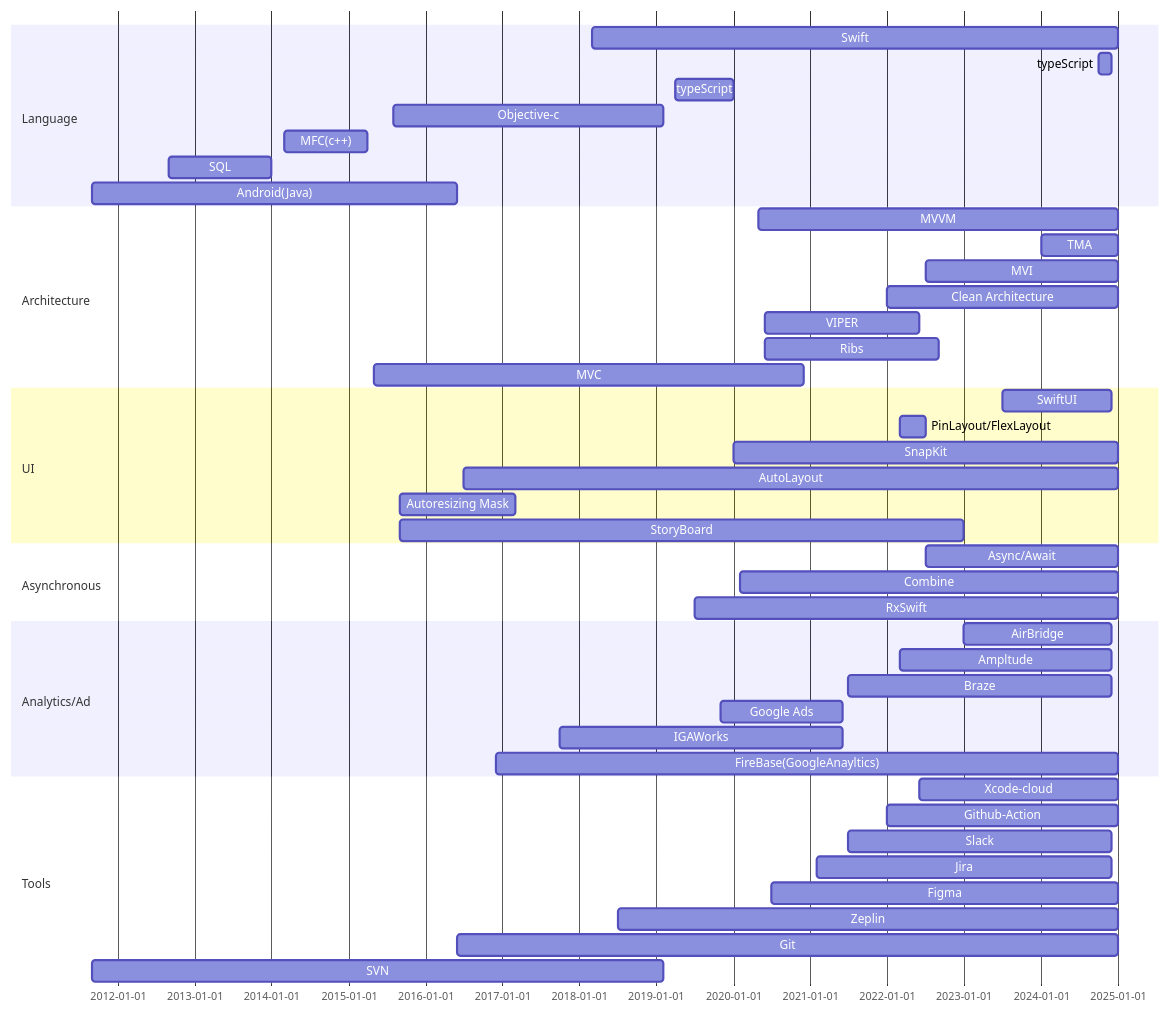
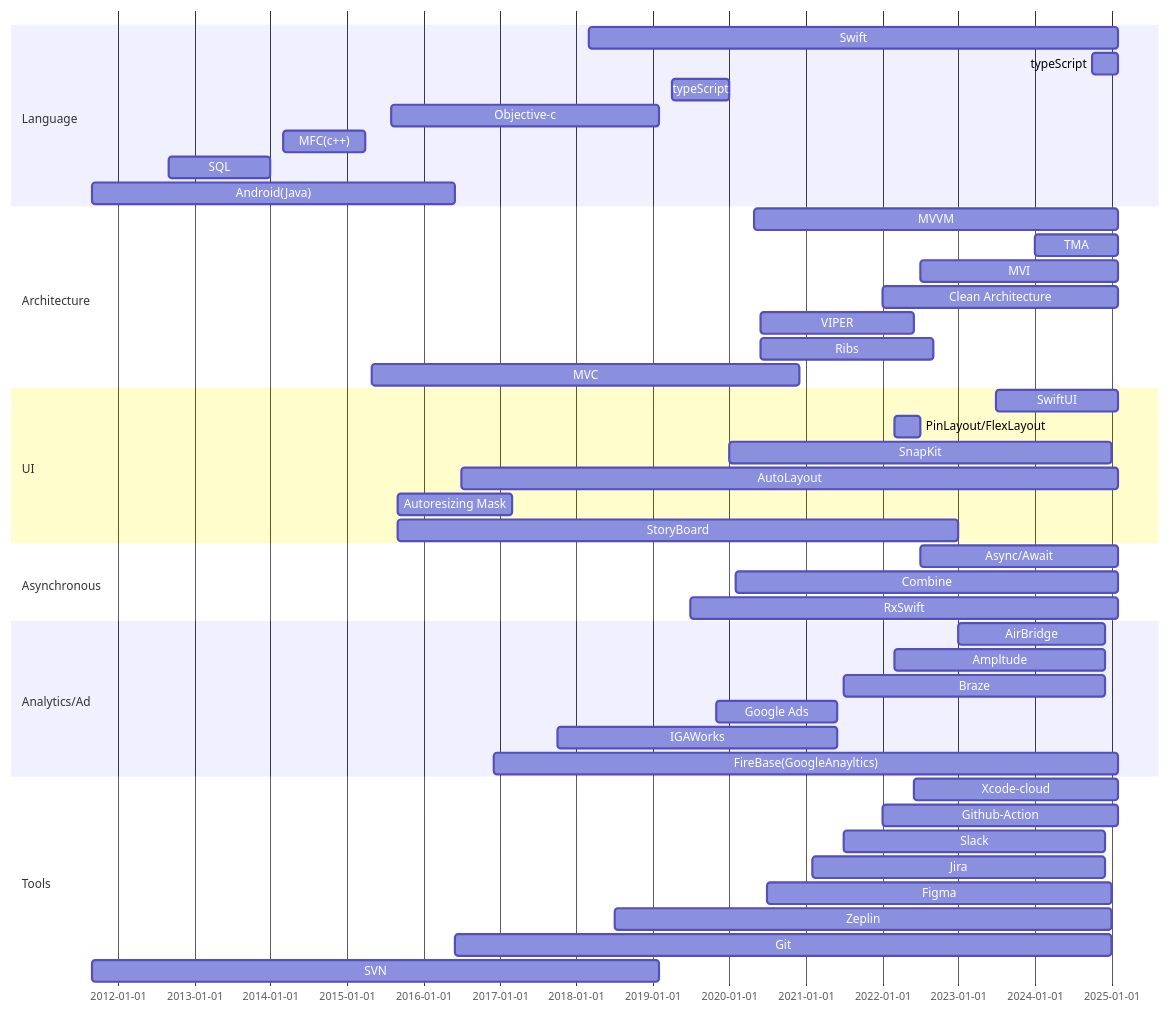
The first of 3 diagrams in PORTFOLIO.md (talq44/resume_portfolio), drawn with Mermaid before and after one commit. The commit also changed other lines of this file and 35 other files, not shown here.

````diff
--- a/PORTFOLIO.md
+++ b/PORTFOLIO.md
@@ -22,52 +22,52 @@
 ``` mermaid
 gantt
   dateFormat  YYYY-MM
   section Language
-  Swift :i3, 2018-03, 2025-01
-  typeScript :a1, 2024-10, 2024-12
+  Swift :i3, 2018-03, 2025-02
+  typeScript :a1, 2024-10, 2025-02
   typeScript :a1, 2019-04, 2020-01
   Objective-c :l5, 2015-08, 2019-02
   MFC(c++) :l3, 2014-03, 2015-04
   SQL :l2, 2012-09, 2014-01
   Android(Java) :l1, 2011-09, 2016-06
 
   section Architecture
-  MVVM :a1, 2020-05, 2025-01
-  TMA: a5, 2024-01, 2025-01
-  MVI :a2, 2022-07, 2025-01
-  Clean Architecture :a1, 2022-01, 2025-01
+  MVVM :a1, 2020-05, 2025-02
+  TMA: a5, 2024-01, 2025-02
+  MVI :a2, 2022-07, 2025-02
+  Clean Architecture :a1, 2022-01, 2025-02
   VIPER: a4, 2020-06, 2022-06
   Ribs: a4, 2020-06, 2022-09
   MVC : a3, 2015-05, 2020-12
 
   section UI
-  SwiftUI : c1, 2023-07, 2024-12
+  SwiftUI : c1, 2023-07, 2025-02
   PinLayout/FlexLayout : u3, 2022-03, 2022-07
   SnapKit : c3, 2020-01, 2025-01
-  AutoLayout : c2, 2016-07, 2025-01
+  AutoLayout : c2, 2016-07, 2025-02
   Autoresizing Mask : u2, 2015-09, 2017-03
   StoryBoard : u1, 2015-09, 2023-01
 
   section Asynchronous
-  Async/Await: r3, 2022-07, 2025-01
-  Combine: r2, 2020-02, 2025-01
-  RxSwift: r1, 2019-07, 2025-01
+  Async/Await: r3, 2022-07, 2025-02
+  Combine: r2, 2020-02, 2025-02
+  RxSwift: r1, 2019-07, 2025-02
 
   section Analytics/Ad
   AirBridge : s3, 2023-01, 2024-12
   Ampltude : s2, 2022-03, 2024-12
   Braze : s2, 2021-07, 2024-12
   Google Ads: aa2, 2019-11, 2021-06
   IGAWorks : aa1, 2017-10, 2021-06
-  FireBase(GoogleAnayltics) : s2, 2016-12, 2025-01
+  FireBase(GoogleAnayltics) : s2, 2016-12, 2025-02
 
   section Tools
-  Xcode-cloud: t6, 2022-06, 2025-01
-  Github-Action: t6, 2022-01, 2025-01
+  Xcode-cloud: t6, 2022-06, 2025-02
+  Github-Action: t6, 2022-01, 2025-02
   Slack: t5, 2021-07, 2024-12
   Jira: t4, 2021-02, 2024-12
   Figma: t3, 2020-07, 2025-01
   Zeplin: t2, 2018-07, 2025-01
   Git: t1, 2016-06, 2025-01
   SVN: t0, 2011-09, 2019-02
 ```
````
